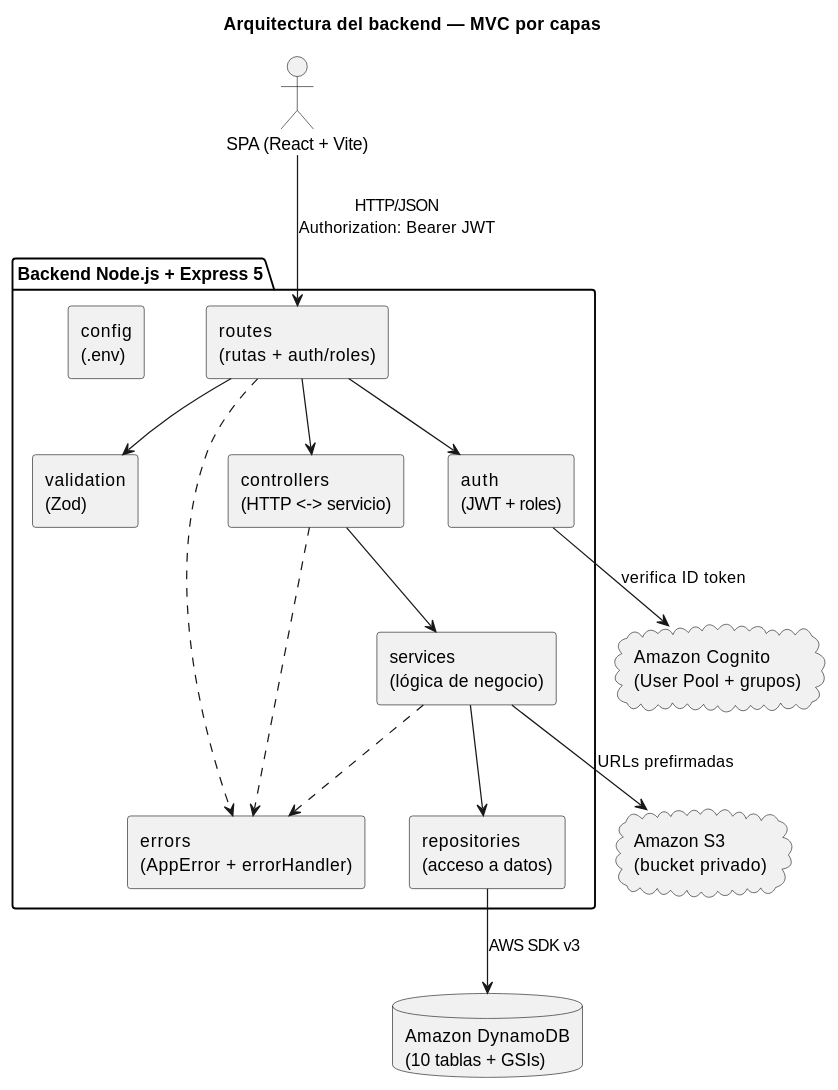
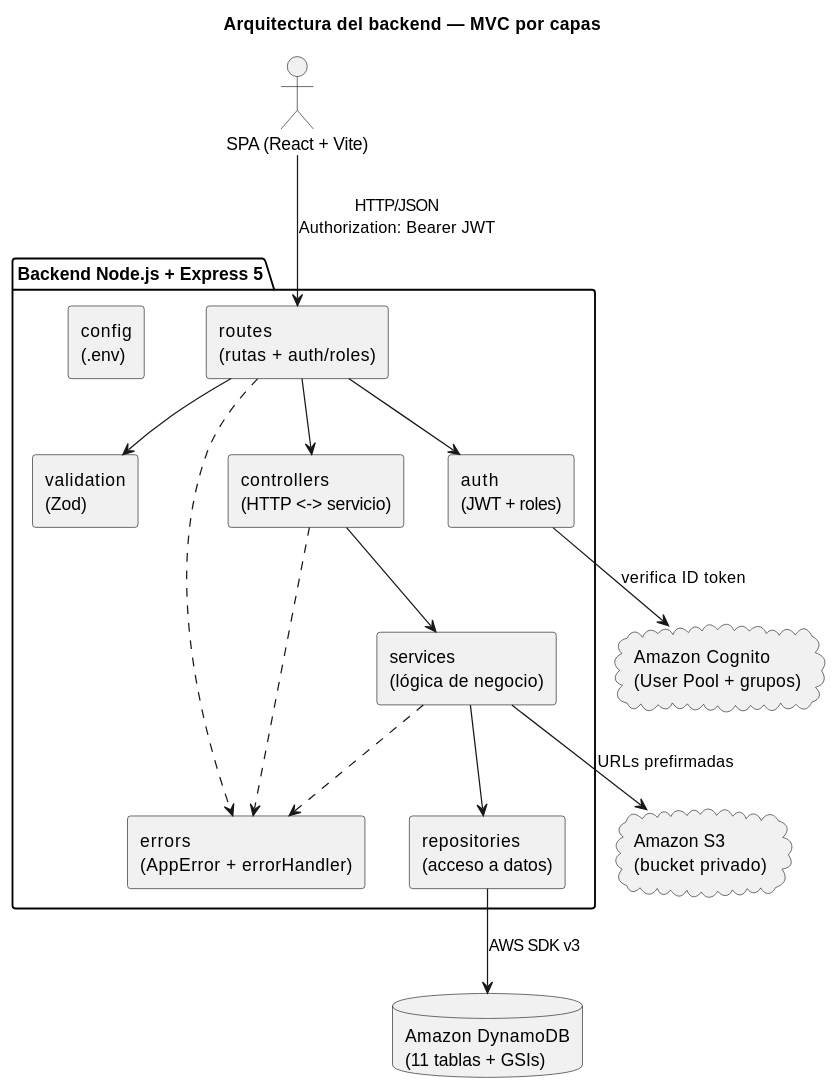
Before and after one commit to dgschahvqvc17/Concesionaria-BMW: the first of 17 diagrams in documentacion/diagramas.md, drawn with PlantUML. The commit also changed other lines of this file and 35 other files, not shown here.

````diff
--- a/documentacion/diagramas.md
+++ b/documentacion/diagramas.md
@@ -38,37 +39,37 @@
 ```plantuml
 @startuml
 title Arquitectura del backend — MVC por capas
 skinparam componentStyle rectangle
 skinparam shadowing false
 
 actor "SPA (React + Vite)" as spa
 
 package "Backend Node.js + Express 5" {
   component "routes\n(rutas + auth/roles)" as routes
   component "validation\n(Zod)" as validation
   component "controllers\n(HTTP <-> servicio)" as controllers
   component "services\n(lógica de negocio)" as services
   component "repositories\n(acceso a datos)" as repositories
   component "errors\n(AppError + errorHandler)" as errors
   component "auth\n(JWT + roles)" as auth
   component "config\n(.env)" as config
 }
 
-database "Amazon DynamoDB\n(10 tablas + GSIs)" as ddb
+database "Amazon DynamoDB\n(11 tablas + GSIs)" as ddb
 cloud "Amazon S3\n(bucket privado)" as s3
 cloud "Amazon Cognito\n(User Pool + grupos)" as cognito
 
 spa --> routes : HTTP/JSON\nAuthorization: Bearer JWT
 routes --> auth
 routes --> validation
 routes --> controllers
 controllers --> services
 services --> repositories
 repositories --> ddb : AWS SDK v3
 services --> s3 : URLs prefirmadas
 auth --> cognito : verifica ID token
 controllers ..> errors
 services ..> errors
 routes ..> errors
 @enduml
 ```
````
